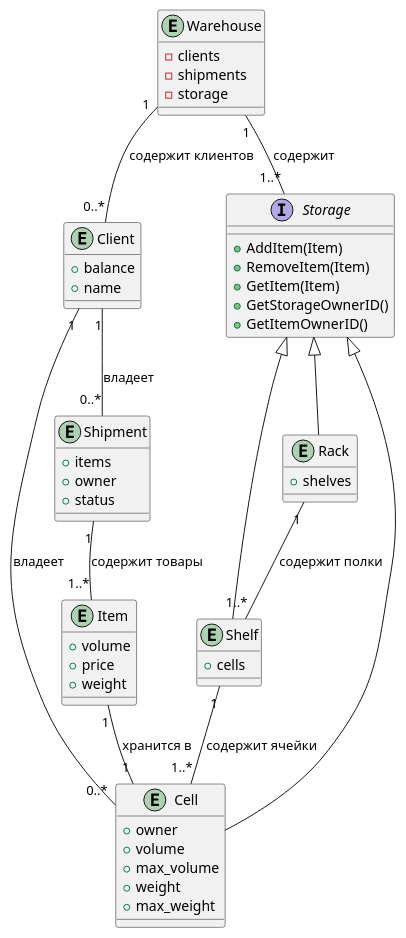
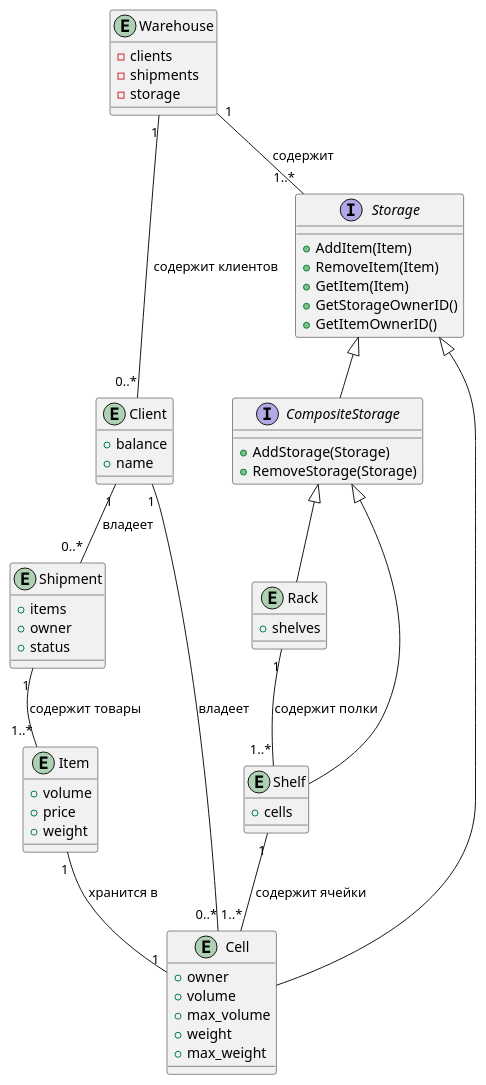
Before and after one commit to penamarth/bsbo-14-22_team5_var6: the diagram in Диаграмма классов.md, drawn with PlantUML. The commit also changed 1 other file, not shown here.

Commit message:
compositestorage

````diff
--- a/Диаграмма классов.md
+++ b/Диаграмма классов.md
@@ -1,64 +1,68 @@
 ```plantuml
 @startuml
-
 interface Storage {
     +AddItem(Item)
     +RemoveItem(Item)
     +GetItem(Item)
     +GetStorageOwnerID()
     +GetItemOwnerID()
+}
+
+interface CompositeStorage {
+    +AddStorage(Storage)
+    +RemoveStorage(Storage)
 }
 
 entity Warehouse {
     -clients
     -shipments
     -storage
 }
 
 entity Shipment {
     +items
     +owner
     +status
 }
 
 entity Rack {
     +shelves
 }
 
 entity Cell {
     +owner
     +volume
     +max_volume
     +weight
     +max_weight
 }
 
 entity Item {
     +volume
     +price
     +weight
 }
 
 entity Client {
     +balance
     +name
 }
 
 entity Shelf {
     +cells
 }
 
 Warehouse "1" -down- "1..*" Storage : содержит
 Warehouse "1" -right-- "0..*" Client : содержит клиентов
 Rack "1" -down- "1..*" Shelf : содержит полки
 Shelf "1" -- "1..*" Cell : содержит ячейки
 Shipment "1" -- "1..*" Item : содержит товары
 Item "1" -- "1" Cell : хранится в
 Client "1" -- "0..*" Shipment : владеет
 Client "1" -- "0..*" Cell : владеет
-Storage <|-- Rack
-Storage <|-- Shelf
+CompositeStorage <|-- Rack
+CompositeStorage <|-- Shelf
 Storage <|-- Cell
-
+Storage <|-- CompositeStorage
 @enduml
 ```
````
